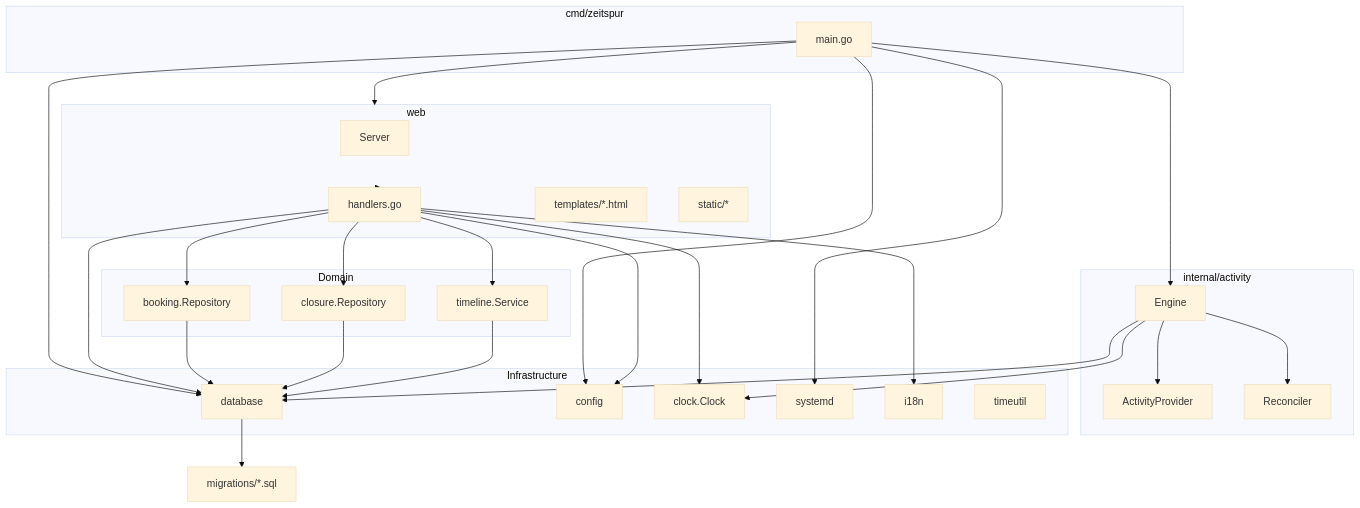
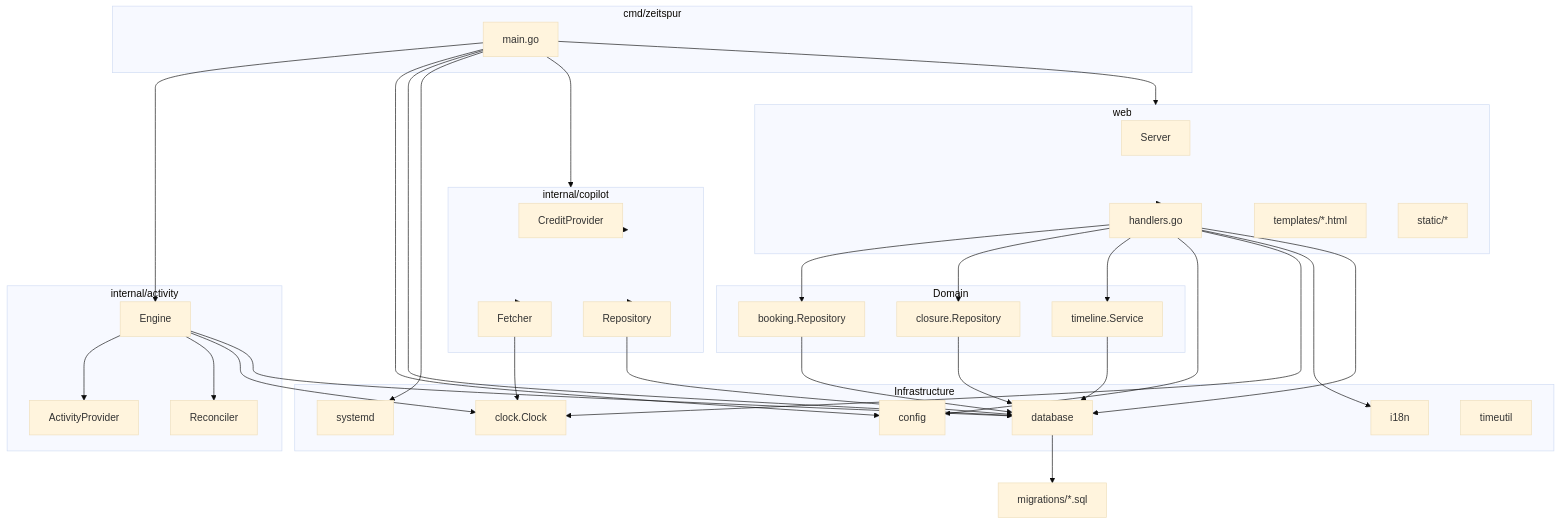
The second of 9 diagrams in docs/architecture.md (smeir/Zeitspur), drawn with Mermaid (base theme) before and after one commit. The commit also changed other lines of this file and 37 other files, not shown here.

Commit message:
feat(copilot): implement GitHub Copilot credit tracking with notifications

````diff
--- a/docs/architecture.md
+++ b/docs/architecture.md
@@ -48,59 +48,72 @@
 ```mermaid
 flowchart TB
   subgraph cmd[cmd/zeitspur]
     main[main.go]
   end
 
   subgraph activity[internal/activity]
     provider[ActivityProvider]
     engine[Engine]
     reconciler[Reconciler]
+  end
+
+  subgraph copilot[internal/copilot]
+    cprovider[CreditProvider]
+    fetcher[Fetcher]
+    crepo[Repository]
   end
 
   subgraph domain[Domain]
     booking[booking.Repository]
     closure[closure.Repository]
     timeline[timeline.Service]
   end
 
   subgraph infra[Infrastructure]
     db[database]
     config[config]
     clock[clock.Clock]
     systemd[systemd]
     i18n[i18n]
     timeutil[timeutil]
   end
 
   subgraph web[web]
     server[Server]
     handlers[handlers.go]
     templates[templates/*.html]
     static[static/*]
   end
 
   main --> engine
+  main --> copilot
   main --> web
   main --> config
   main --> db
   main --> systemd
 
   engine --> provider
   engine --> reconciler
   engine --> clock
   engine --> db
+
+  copilot --> cprovider
+  copilot --> fetcher
+  copilot --> crepo
+  fetcher --> clock
+  crepo --> db
 
   web --> handlers
   handlers --> booking
   handlers --> closure
   handlers --> timeline
   handlers --> config
   handlers --> clock
   handlers --> i18n
   handlers --> db
 
   booking --> db
   closure --> db
   timeline --> db
   db --> migrations[migrations/*.sql]
 ```
````
